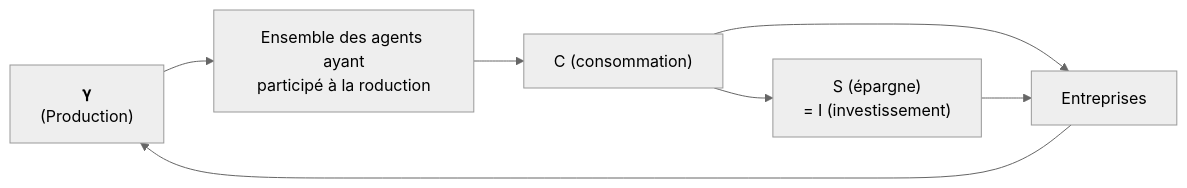
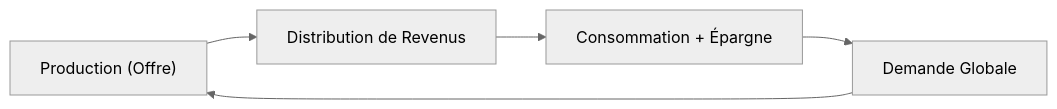
One commit to fiches-me/cpes changed the diagram in eco/ch2/g1.md. Above: the diagram before and after it, drawn with Mermaid (neutral theme). The commit also changed other lines of this file and 23 other files, not shown here.

````diff
--- a/eco/ch2/g1.md
+++ b/eco/ch2/g1.md
@@ -24,8 +25,7 @@
 ```mermaid
 flowchart LR
-    A["𝛄<br>(Production)"] --> n1["Ensemble des agents ayant<br>participé à la roduction"]
-    n1 --> n2["C (consommation)"]
-    n2 --> n3["Entreprises"] & n4["S (épargne)<br>= I (investissement)"]
+    A["Production (Offre)"] --> n1["Distribution de Revenus"]
+    n1 --> n2["Consommation + Épargne"]
+    n2 --> n3["Demande Globale"]
     n3 --> A
-    n4 --> n3
 ```
````
